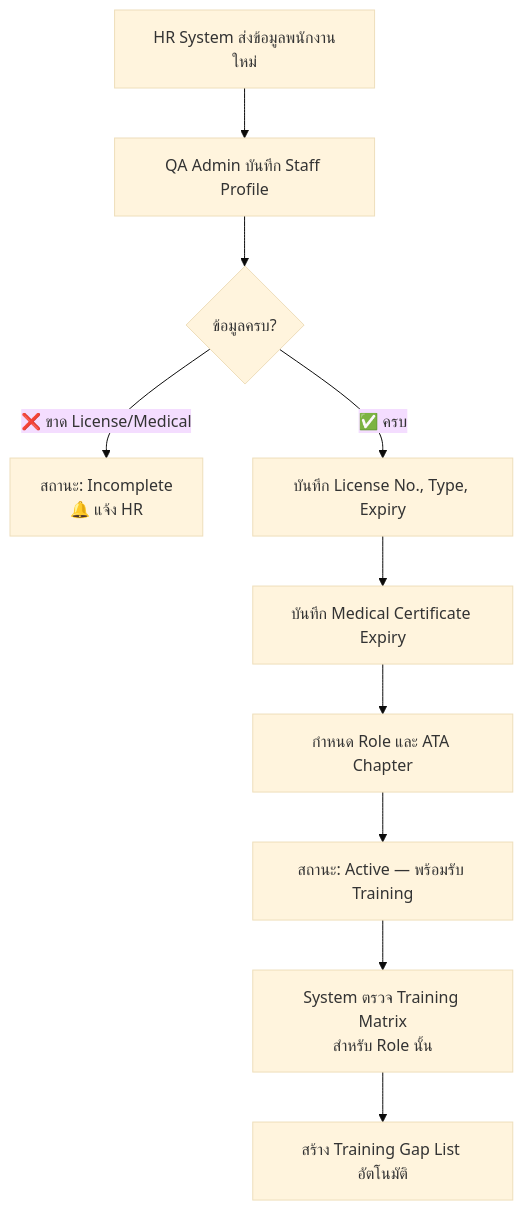
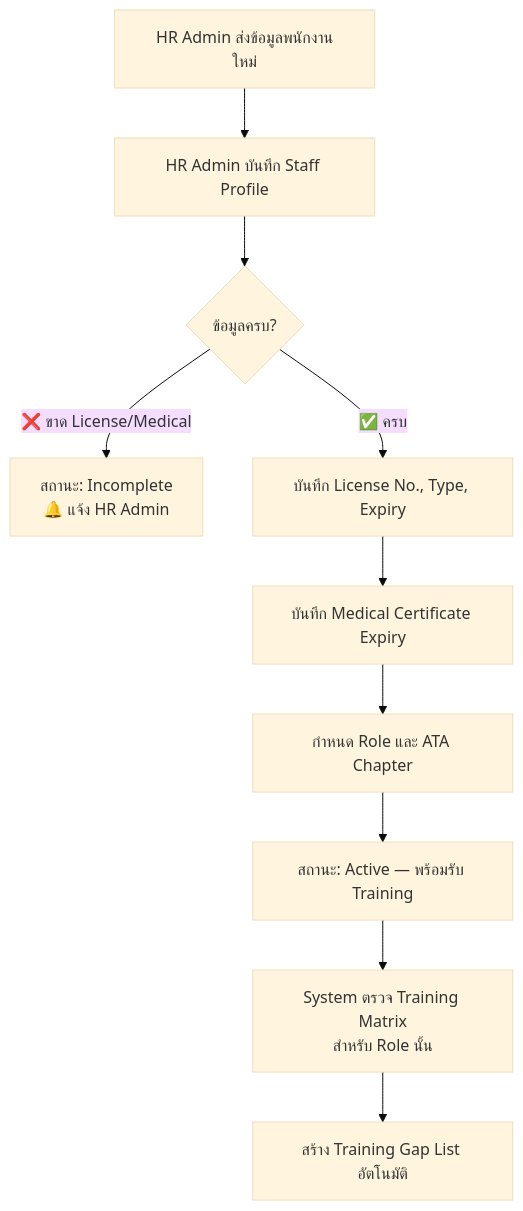
The eighth of 26 diagrams in docs/QA-SRS-BRD/02-Business-Process/SAMS-QA-SRS-02-Business-Process.md (triple-tgg/sams), drawn with Mermaid (base theme) before and after one commit. The commit also changed other lines of this file, not shown here.

First line of the commit message:
docs(qa): fix 5.1 actor - HR Admin บันทึก Staff Profile (ไม่ใช่ QA Admin)

````diff
--- a/docs/QA-SRS-BRD/02-Business-Process/SAMS-QA-SRS-02-Business-Process.md
+++ b/docs/QA-SRS-BRD/02-Business-Process/SAMS-QA-SRS-02-Business-Process.md
@@ -211,12 +211,12 @@
 ```mermaid
 flowchart TD
-    A[HR System ส่งข้อมูลพนักงานใหม่] --> B[QA Admin บันทึก Staff Profile]
+    A[HR Admin ส่งข้อมูลพนักงานใหม่] --> B[HR Admin บันทึก Staff Profile]
     B --> C{ข้อมูลครบ?}
-    C -->|❌ ขาด License/Medical| D[สถานะ: Incomplete<br/>🔔 แจ้ง HR]
+    C -->|❌ ขาด License/Medical| D[สถานะ: Incomplete<br/>🔔 แจ้ง HR Admin]
     C -->|✅ ครบ| E[บันทึก License No., Type, Expiry]
     E --> F[บันทึก Medical Certificate Expiry]
     F --> G[กำหนด Role และ ATA Chapter]
     G --> H[สถานะ: Active — พร้อมรับ Training]
     H --> I[System ตรวจ Training Matrix<br/>สำหรับ Role นั้น]
     I --> J[สร้าง Training Gap List อัตโนมัติ]
 ```
````
